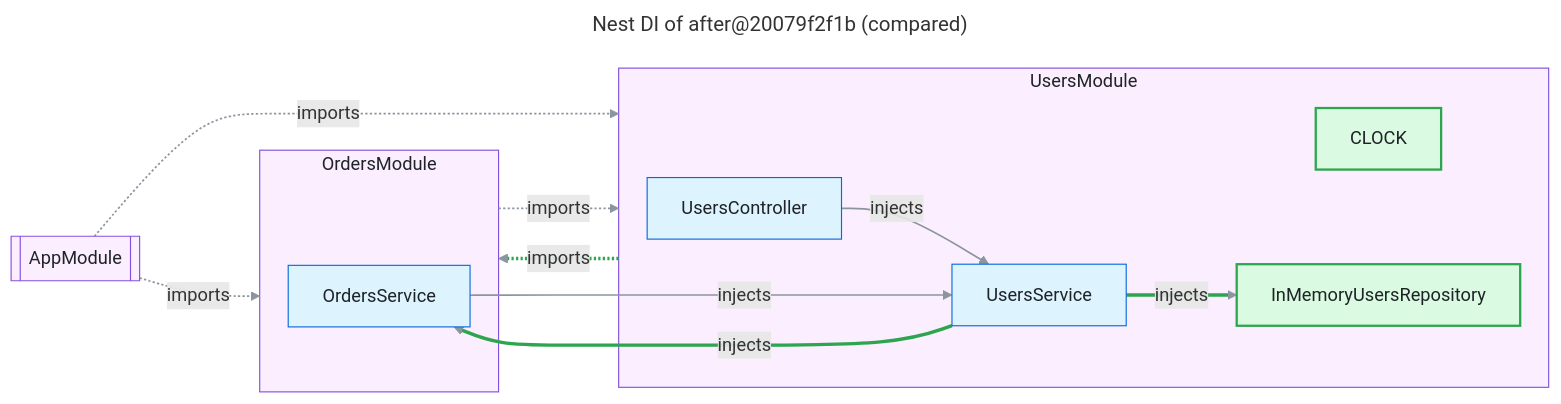
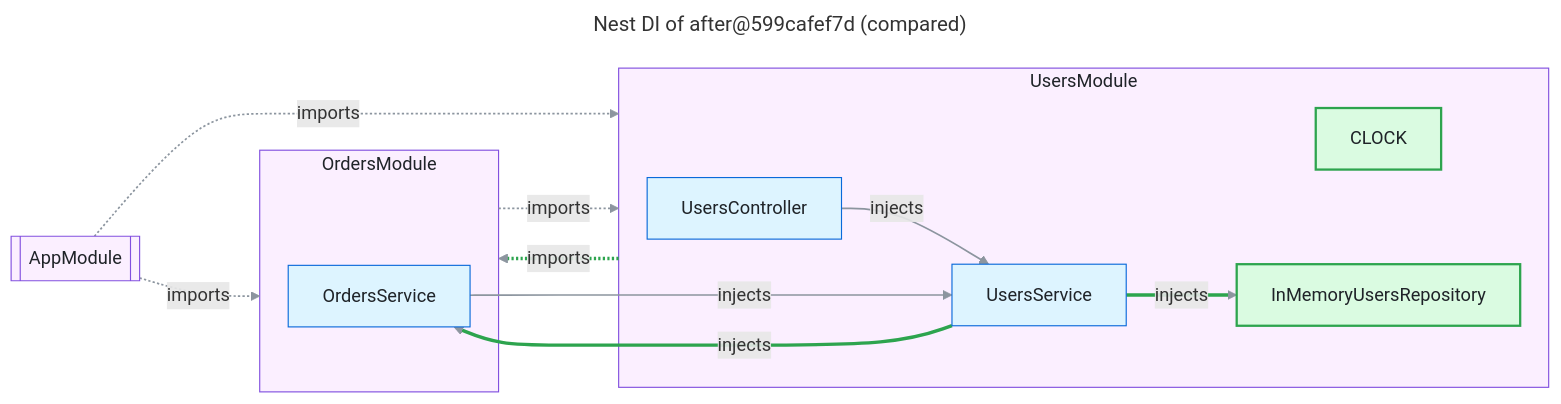
The diagram in examples/nest-shop/nest-compare.mmd (FullFran/archsieve), drawn with Mermaid before and after one commit. The commit also changed 20 other files, not shown here.

```diff
--- a/examples/nest-shop/nest-compare.mmd
+++ b/examples/nest-shop/nest-compare.mmd
@@ -1,38 +1,38 @@
 ---
-title: "Nest DI of after@20079f2f1b (compared)"
+title: "Nest DI of after@599cafef7d (compared)"
 ---
 flowchart LR
   n1[["AppModule"]]:::module
   subgraph n2["OrdersModule"]
     n4["OrdersService"]:::code
   end
   style n2 fill:#fbefff,stroke:#8250df,color:#1f2328
   subgraph n3["UsersModule"]
     n0["UsersController"]:::code
     n5["CLOCK"]:::added
     n6["InMemoryUsersRepository"]:::added
     n7["UsersService"]:::code
   end
   style n3 fill:#fbefff,stroke:#8250df,color:#1f2328
   n0 -->|"injects"| n7
   n1 -.->|"imports"| n2
   n1 -.->|"imports"| n3
   n2 -.->|"imports"| n3
   n3 -.->|"imports"| n2
   n4 -->|"injects"| n7
   n7 -->|"injects"| n4
   n7 -->|"injects"| n6
   linkStyle default stroke:#8c959f,stroke-width:1.5px
   linkStyle 4 stroke:#2da44e,stroke-width:3px
   linkStyle 6 stroke:#2da44e,stroke-width:3px
   linkStyle 7 stroke:#2da44e,stroke-width:3px
   classDef code fill:#ddf4ff,stroke:#0969da,color:#1f2328
   classDef external fill:#fff8c5,stroke:#9a6700,color:#1f2328
   classDef module fill:#fbefff,stroke:#8250df,color:#1f2328
   classDef added fill:#dafbe1,stroke:#2da44e,stroke-width:2px,color:#1f2328
   classDef removed fill:#ffebe9,stroke:#cf222e,stroke-dasharray:4 3,color:#1f2328
   classDef boundary fill:#f6f8fa,stroke:#57606a,stroke-dasharray:6 4,color:#1f2328
   classDef container fill:#ddf4ff,stroke:#0969da,stroke-width:2px,color:#1f2328
   classDef unverified fill:#ffffff,stroke:#0969da,stroke-width:2px,stroke-dasharray:5 3,color:#1f2328
   classDef undeclared fill:#fff1e5,stroke:#bc4c00,stroke-width:2px,color:#1f2328
   classDef focus fill:#ddf4ff,stroke:#0969da,stroke-width:4px,color:#1f2328
```
